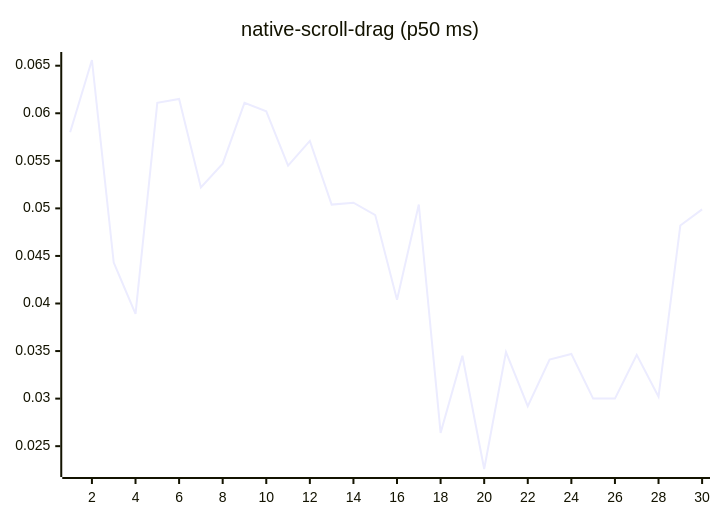
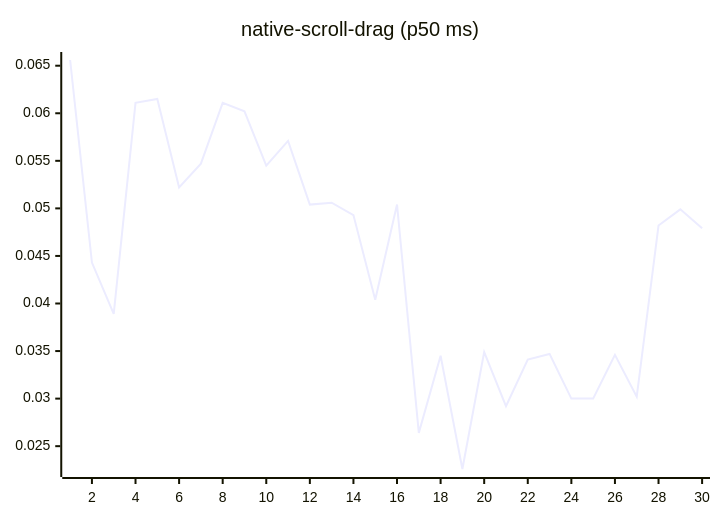
Before and after one commit to josha/Facet: diagram 14 of 27 in README.md, drawn with Mermaid. The commit also changed other lines of this file and 2 other files, not shown here.

````diff
--- a/README.md
+++ b/README.md
@@ -154,6 +154,6 @@
 ```mermaid
 xychart-beta
     title "native-scroll-drag (p50 ms)"
     x-axis 1 --> 30
-    line [0.0580, 0.0656, 0.0443, 0.0389, 0.0611, 0.0615, 0.0522, 0.0547, 0.0611, 0.0602, 0.0545, 0.0571, 0.0504, 0.0506, 0.0493, 0.0404, 0.0504, 0.0264, 0.0345, 0.0226, 0.0349, 0.0292, 0.0341, 0.0347, 0.0300, 0.0300, 0.0346, 0.0302, 0.0482, 0.0499]
+    line [0.0656, 0.0443, 0.0389, 0.0611, 0.0615, 0.0522, 0.0547, 0.0611, 0.0602, 0.0545, 0.0571, 0.0504, 0.0506, 0.0493, 0.0404, 0.0504, 0.0264, 0.0345, 0.0226, 0.0349, 0.0292, 0.0341, 0.0347, 0.0300, 0.0300, 0.0346, 0.0302, 0.0482, 0.0499, 0.0479]
 ```
````
